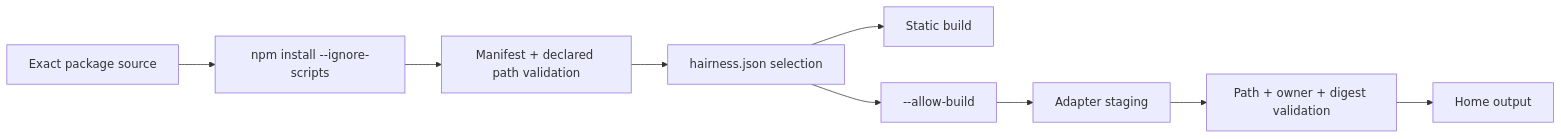
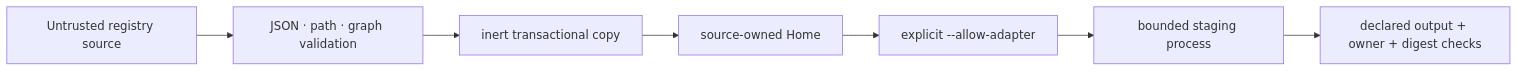
The diagram in docs/security-model.md (thevzion/hairness), drawn with Mermaid before and after one commit. The commit also changed other lines of this file and 65 other files, not shown here.

Commit message:
feat: rebuild Hairness around source-owned registries

````diff
--- a/docs/security-model.md
+++ b/docs/security-model.md
@@ -3,11 +3,9 @@
 ```mermaid
 flowchart LR
-  source["Exact package source"] --> install["npm install --ignore-scripts"]
-  install --> inspect["Manifest + declared path validation"]
-  inspect --> select["hairness.json selection"]
-  select --> static["Static build"]
-  select --> approval["--allow-build"]
-  approval --> stage["Adapter staging"]
-  stage --> reconcile["Path + owner + digest validation"]
-  reconcile --> home["Home output"]
+  source["Untrusted registry source"] --> validate["JSON · path · graph validation"]
+  validate --> copy["inert transactional copy"]
+  copy --> home["source-owned Home"]
+  home --> consent["explicit --allow-adapter"]
+  consent --> stage["bounded staging process"]
+  stage --> promote["declared output + owner + digest checks"]
 ```
````
